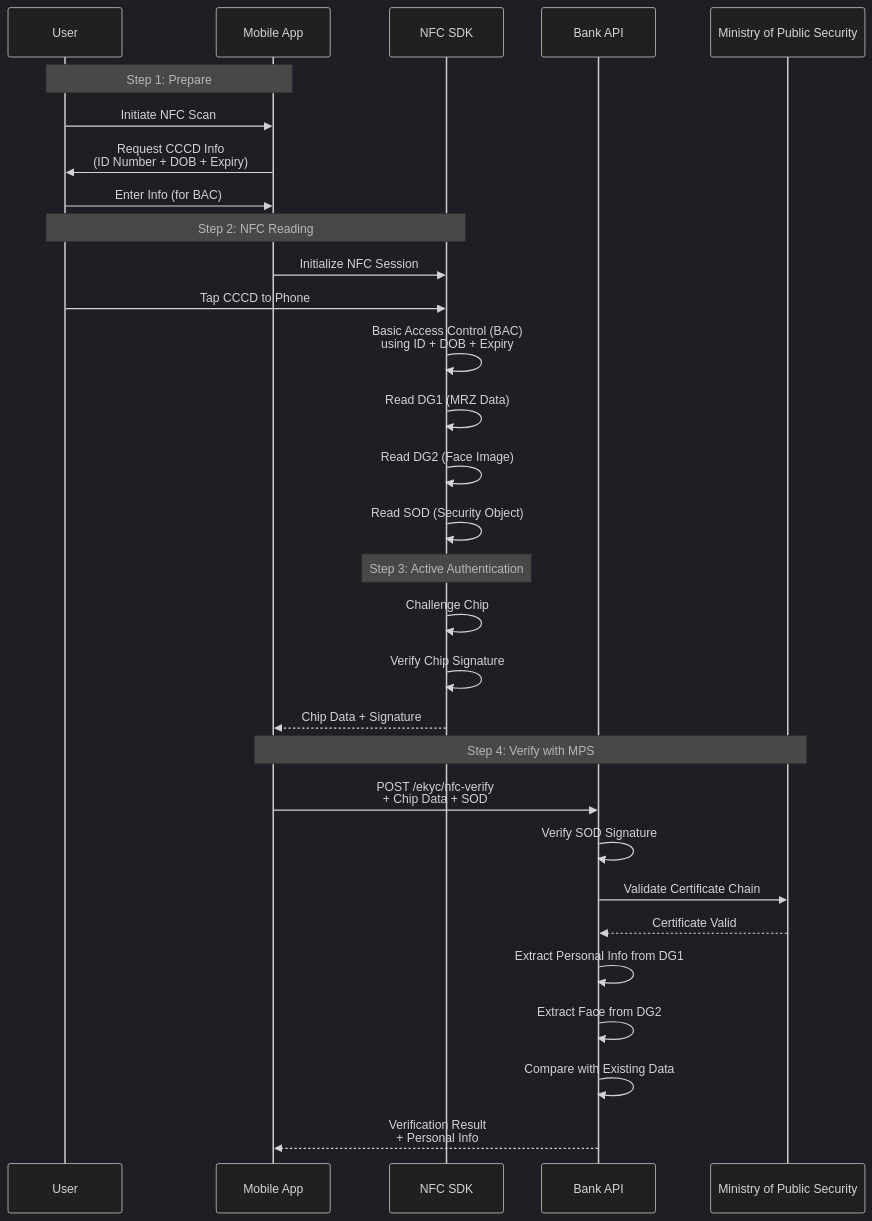
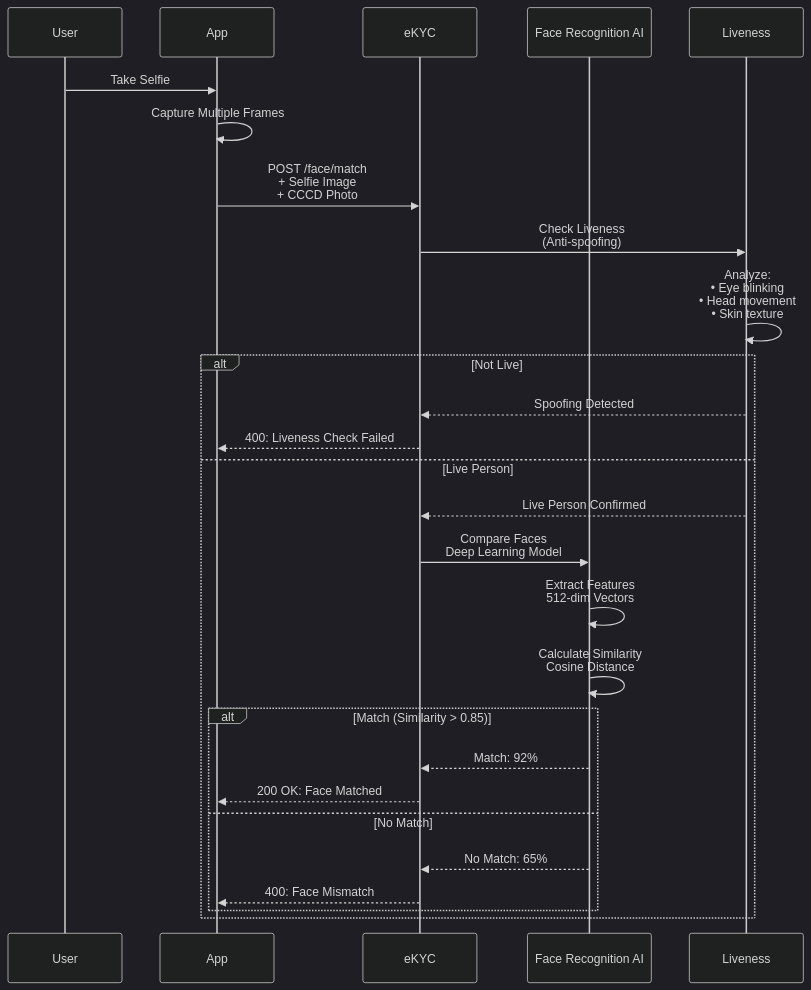
The fourth of 8 diagrams in 07-Dich-vu-Dinh-danh-eKYC.md (huuhoait/openbanking-vn-specs), drawn with Mermaid (dark theme) before and after one commit. The commit also changed other lines of this file and 14 other files, not shown here.

````diff
--- a/07-Dich-vu-Dinh-danh-eKYC.md
+++ b/07-Dich-vu-Dinh-danh-eKYC.md
@@ -294,40 +236,35 @@
 ```mermaid
 sequenceDiagram
-    participant User as User
-    participant App as Mobile App
-    participant NFC_SDK as NFC SDK
-    participant API as Bank API
-    participant MPS as Ministry of Public Security
+    participant User
+    participant App
+    participant eKYC
+    participant FaceAI as Face Recognition AI
+    participant Liveness
     
-    Note over User,App: Step 1: Prepare
-    User->>App: Initiate NFC Scan
-    App->>User: Request CCCD Info<br/>(ID Number + DOB + Expiry)
-    User->>App: Enter Info (for BAC)
+    User->>App: Take Selfie
+    App->>App: Capture Multiple Frames
     
-    Note over User,NFC_SDK: Step 2: NFC Reading
-    App->>NFC_SDK: Initialize NFC Session
-    User->>NFC_SDK: Tap CCCD to Phone
+    App->>eKYC: POST /face/match<br/>+ Selfie Image<br/>+ CCCD Photo
     
-    NFC_SDK->>NFC_SDK: Basic Access Control (BAC)<br/>using ID + DOB + Expiry
-    NFC_SDK->>NFC_SDK: Read DG1 (MRZ Data)
-    NFC_SDK->>NFC_SDK: Read DG2 (Face Image)
-    NFC_SDK->>NFC_SDK: Read SOD (Security Object)
+    eKYC->>Liveness: Check Liveness<br/>(Anti-spoofing)
+    Liveness->>Liveness: Analyze:<br/>• Eye blinking<br/>• Head movement<br/>• Skin texture
     
-    Note over NFC_SDK: Step 3: Active Authentication
-    NFC_SDK->>NFC_SDK: Challenge Chip
-    NFC_SDK->>NFC_SDK: Verify Chip Signature
-    
-    NFC_SDK-->>App: Chip Data + Signature
-    
-    Note over App,MPS: Step 4: Verify with MPS
-    App->>API: POST /ekyc/nfc-verify<br/>+ Chip Data + SOD
-    API->>API: Verify SOD Signature
-    API->>MPS: Validate Certificate Chain
-    MPS-->>API: Certificate Valid
-    
-    API->>API: Extract Personal Info from DG1
-    API->>API: Extract Face from DG2
-    API->>API: Compare with Existing Data
-    
-    API-->>App: Verification Result<br/>+ Personal Info
+    alt Not Live
+        Liveness-->>eKYC: Spoofing Detected
+        eKYC-->>App: 400: Liveness Check Failed
+    else Live Person
+        Liveness-->>eKYC: Live Person Confirmed
+        
+        eKYC->>FaceAI: Compare Faces<br/>Deep Learning Model
+        FaceAI->>FaceAI: Extract Features<br/>512-dim Vectors
+        FaceAI->>FaceAI: Calculate Similarity<br/>Cosine Distance
+        
+        alt Match (Similarity > 0.85)
+            FaceAI-->>eKYC: Match: 92%
+            eKYC-->>App: 200 OK: Face Matched
+        else No Match
+            FaceAI-->>eKYC: No Match: 65%
+            eKYC-->>App: 400: Face Mismatch
+        end
+    end
 ```
````
